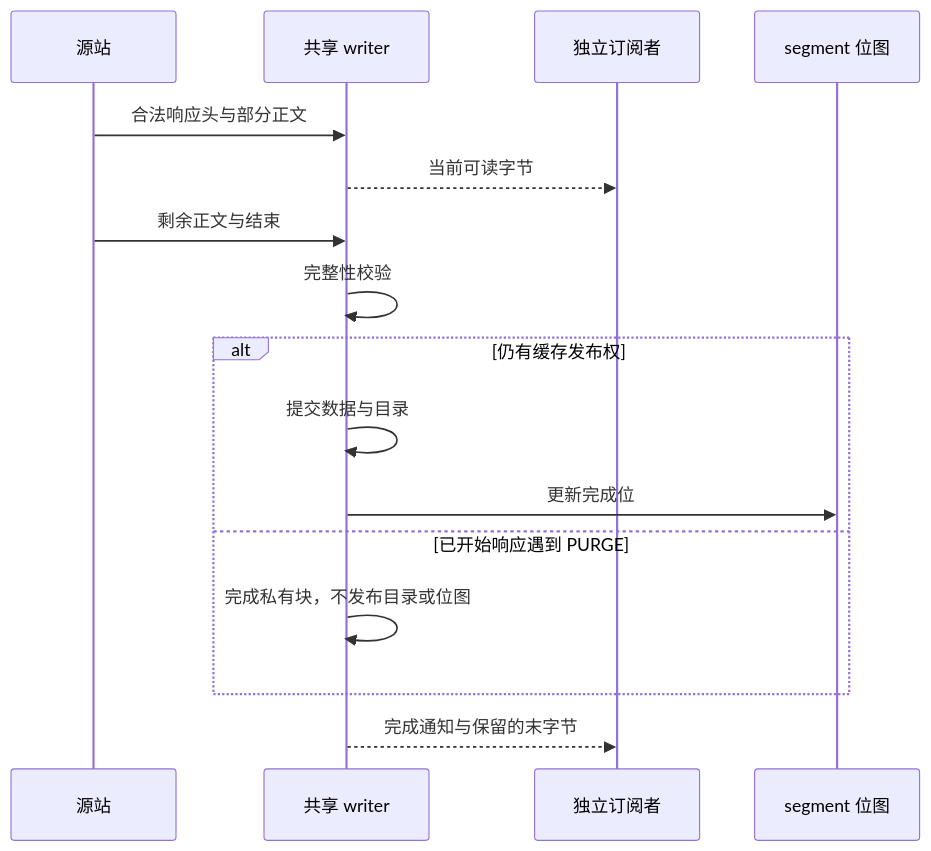
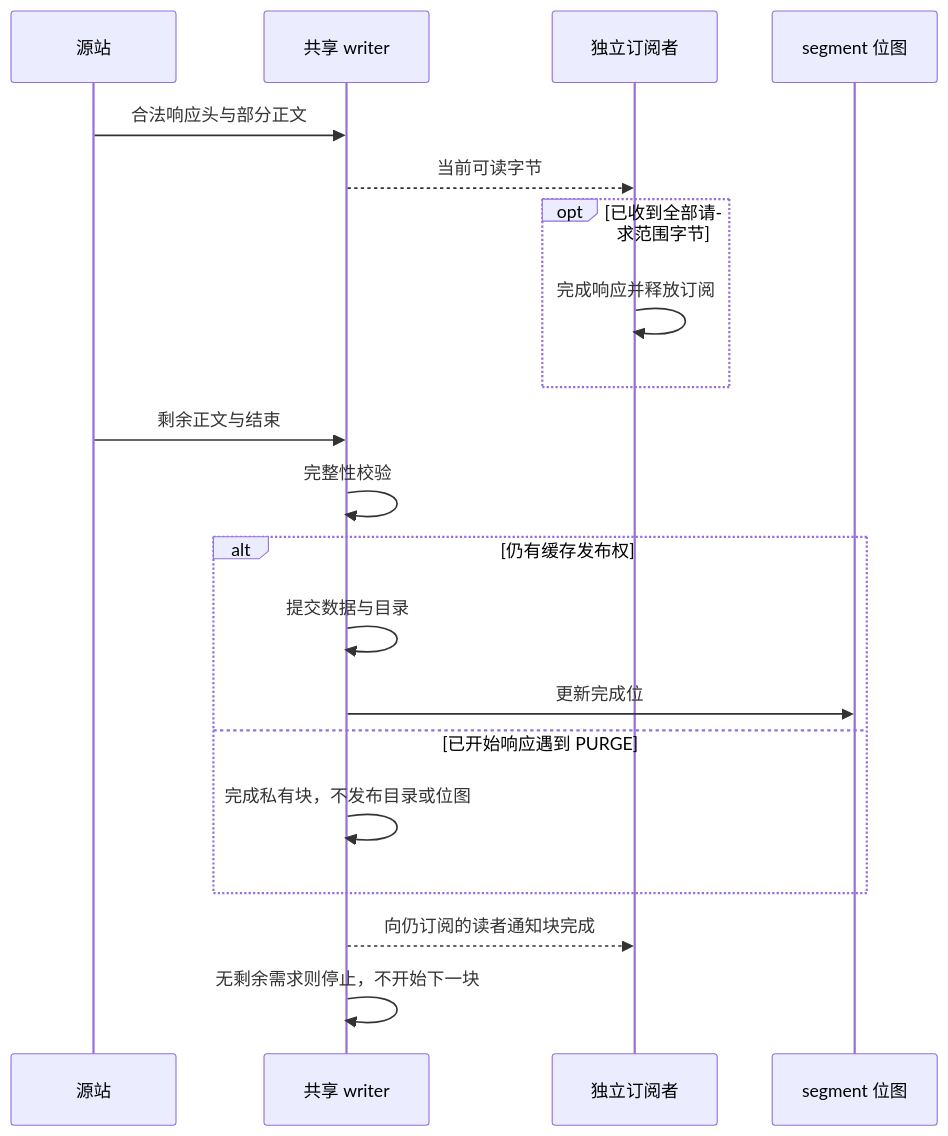
Before and after one commit to Monsterwi/razor: the diagram in docs/rww_implementation.md, drawn with Mermaid. The commit also changed other lines of this file and 11 other files, not shown here.

````diff
--- a/docs/rww_implementation.md
+++ b/docs/rww_implementation.md
@@ -7,18 +7,22 @@
 ```mermaid
 sequenceDiagram
     participant O as 源站
     participant W as 共享 writer
     participant R as 独立订阅者
     participant B as segment 位图
     O->>W: 合法响应头与部分正文
     W-->>R: 当前可读字节
+    opt 已收到全部请求范围字节
+        R->>R: 完成响应并释放订阅
+    end
     O->>W: 剩余正文与结束
     W->>W: 完整性校验
     alt 仍有缓存发布权
         W->>W: 提交数据与目录
         W->>B: 更新完成位
     else 已开始响应遇到 PURGE
         W->>W: 完成私有块，不发布目录或位图
     end
-    W-->>R: 完成通知与保留的末字节
+    W-->>R: 向仍订阅的读者通知块完成
+    W->>W: 无剩余需求则停止，不开始下一块
 ```
````
